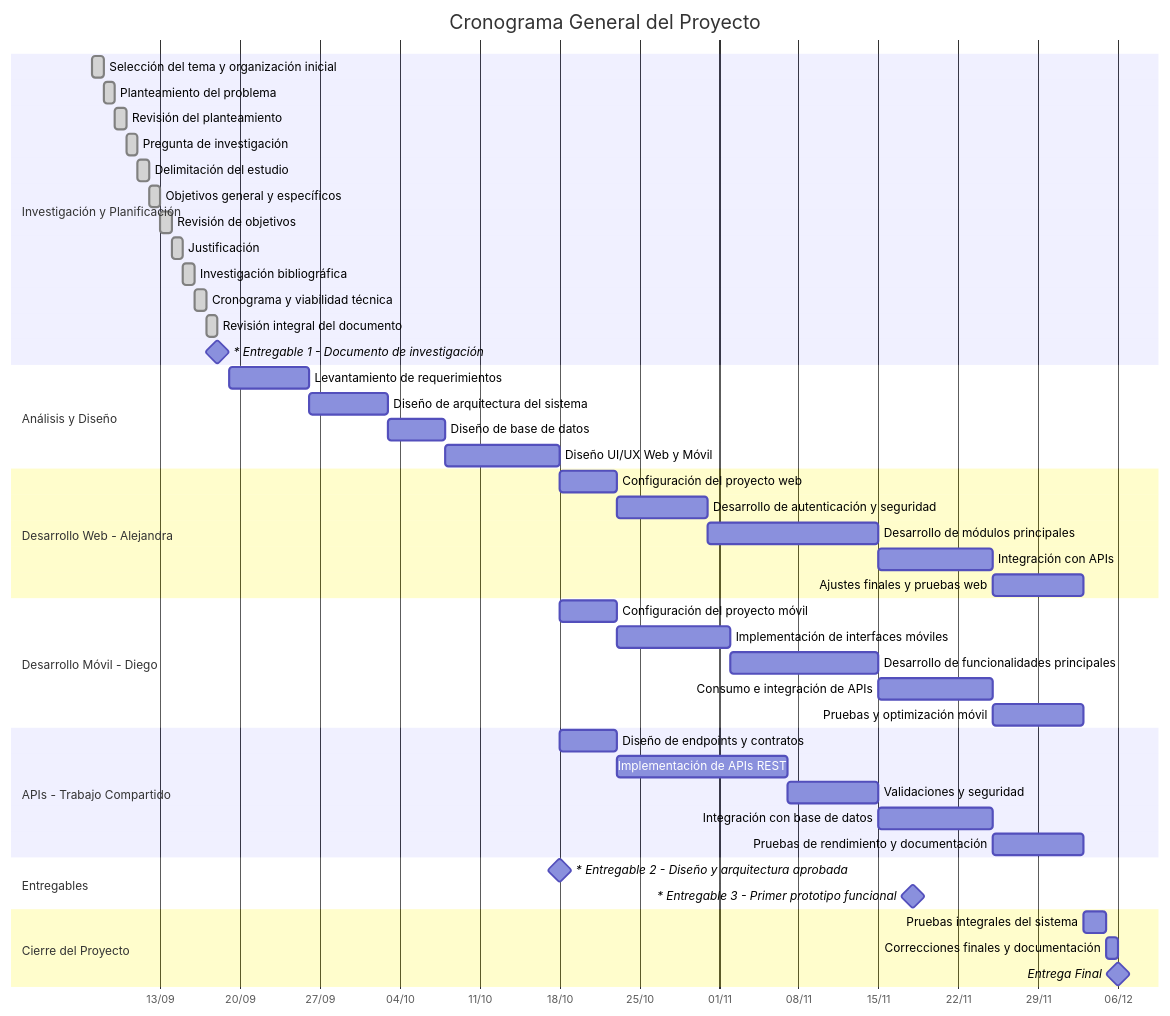
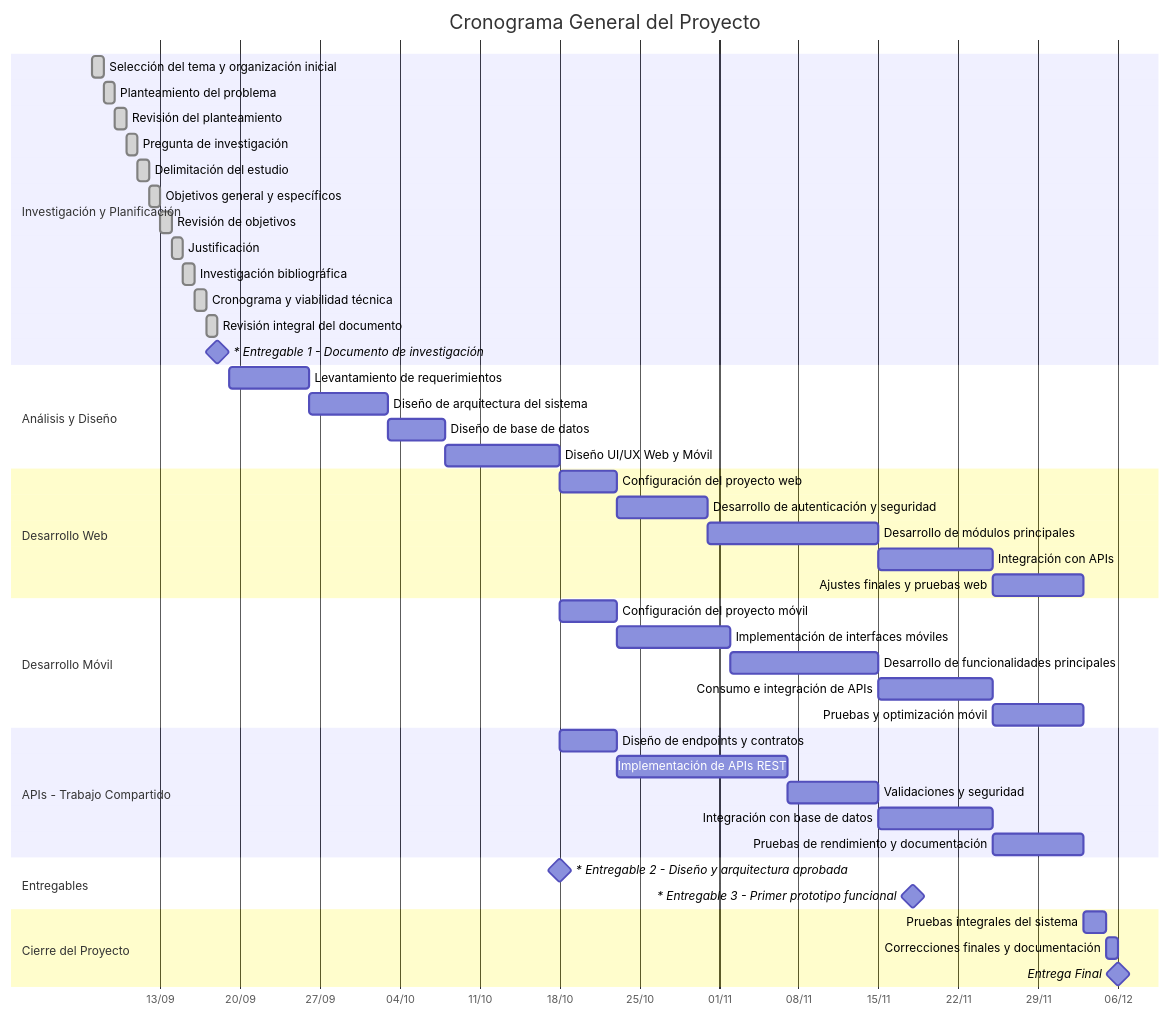
One commit to renev2704/investigacion-web-vs-android-api changed the diagram in docs/secciones/06-cronograma.md. Above: the diagram before and after it, drawn with Mermaid.

Commit message:
docs/perfil-cronograma

````diff
--- a/docs/secciones/06-cronograma.md
+++ b/docs/secciones/06-cronograma.md
@@ -9,56 +9,56 @@
 ```mermaid
 gantt
     title Cronograma General del Proyecto
     dateFormat YYYY-MM-DD
     axisFormat %d/%m
 
     section Investigación y Planificación
     Selección del tema y organización inicial :done, a1, 2026-09-07, 1d
     Planteamiento del problema :done, a2, 2026-09-08, 1d
     Revisión del planteamiento :done, a3, 2026-09-09, 1d
     Pregunta de investigación :done, a4, 2026-09-10, 1d
     Delimitación del estudio :done, a5, 2026-09-11, 1d
     Objetivos general y específicos :done, a6, 2026-09-12, 1d
     Revisión de objetivos :done, a7, 2026-09-13, 1d
     Justificación :done, a8, 2026-09-14, 1d
     Investigación bibliográfica :done, a9, 2026-09-15, 1d
     Cronograma y viabilidad técnica :done, a10, 2026-09-16, 1d
     Revisión integral del documento :done, a11, 2026-09-17, 1d
     * Entregable 1 - Documento de investigación :milestone, m1, 2026-09-18, 0d
 
     section Análisis y Diseño
     Levantamiento de requerimientos :b1, 2026-09-19, 7d
     Diseño de arquitectura del sistema :b2, 2026-09-26, 7d
     Diseño de base de datos :b3, 2026-10-03, 5d
     Diseño UI/UX Web y Móvil :b4, 2026-10-08, 10d
 
-    section Desarrollo Web - Alejandra
+    section Desarrollo Web
     Configuración del proyecto web :c1, 2026-10-18, 5d
     Desarrollo de autenticación y seguridad :c2, 2026-10-23, 8d
     Desarrollo de módulos principales :c3, 2026-10-31, 15d
     Integración con APIs :c4, 2026-11-15, 10d
     Ajustes finales y pruebas web :c5, 2026-11-25, 8d
 
-    section Desarrollo Móvil - Diego
+    section Desarrollo Móvil
     Configuración del proyecto móvil :d1, 2026-10-18, 5d
     Implementación de interfaces móviles :d2, 2026-10-23, 10d
     Desarrollo de funcionalidades principales :d3, 2026-11-02, 13d
     Consumo e integración de APIs :d4, 2026-11-15, 10d
     Pruebas y optimización móvil :d5, 2026-11-25, 8d
 
     section APIs - Trabajo Compartido
     Diseño de endpoints y contratos :e1, 2026-10-18, 5d
     Implementación de APIs REST :e2, 2026-10-23, 15d
     Validaciones y seguridad :e3, 2026-11-07, 8d
     Integración con base de datos :e4, 2026-11-15, 10d
     Pruebas de rendimiento y documentación :e5, 2026-11-25, 8d
 
     section Entregables
     * Entregable 2 - Diseño y arquitectura aprobada :milestone, em2, 2026-10-18, 0d
     * Entregable 3 - Primer prototipo funcional :milestone, em3, 2026-11-18, 0d
 
     section Cierre del Proyecto
     Pruebas integrales del sistema :f1, 2026-12-03, 2d
     Correcciones finales y documentación :f2, 2026-12-05, 1d
     Entrega Final :milestone, mf, 2026-12-06, 0d
 ```
````
